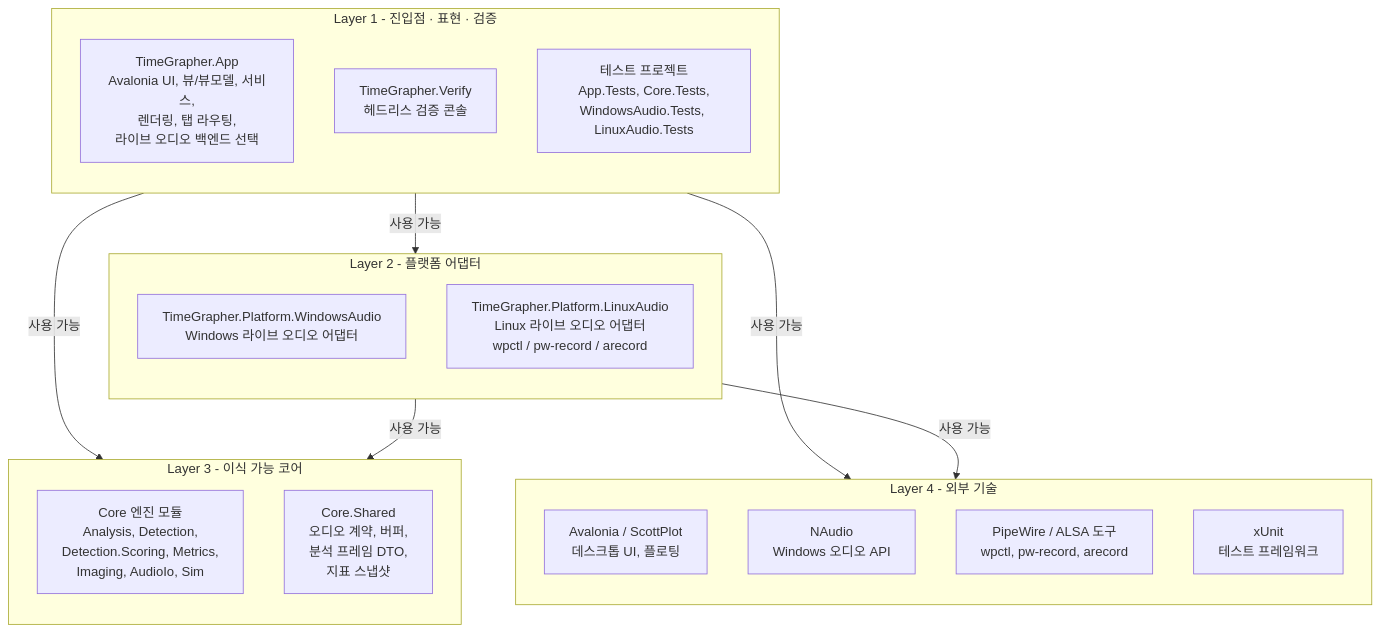
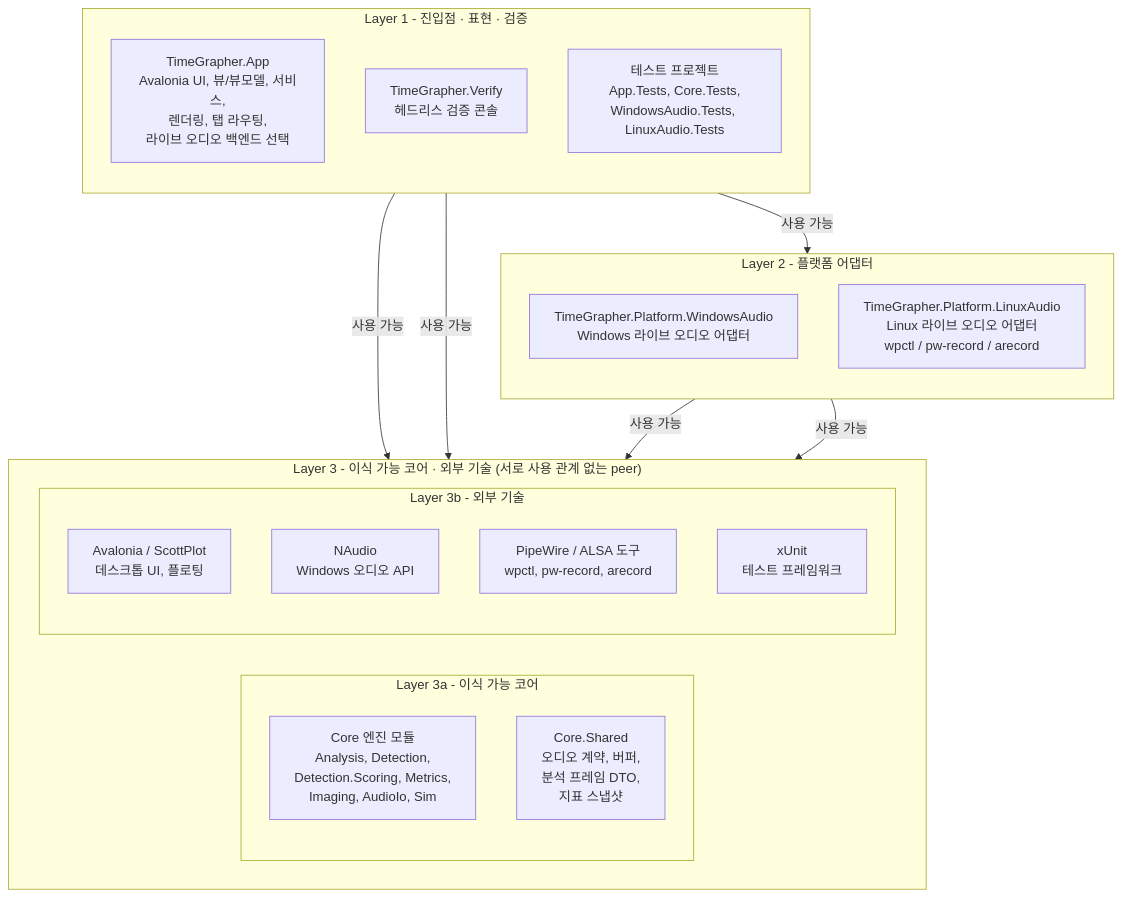
One commit to Jae-hong-5/TimeGrapher-Net changed the diagram in docs/architecture/LAYERED_VIEW.md. Above: the diagram before and after it, drawn with Mermaid. The commit also changed other lines of this file, not shown here.

Commit message:
docs(architecture): split Layer 3/4 into peer sub-layers 3a/3b
[en] Layer 3 (portable core) and Layer 4 (external tech) had no
allowed-use relationship between them: TimeGrapher.Core references no
external packages, so there is no L3->L4 edge, yet the old numbering
implied L4 sat below L3 in the use ordering. Renumber them as same-depth
peers L3a (portable core) and L3b (external tech) so the layer view
reflects the actual partial order rather than a false hierarchy. Update
the mermaid diagram, the responsibility/allowed-use tables, and add a
constraint row recording the L3a<->L3b mutual independence.

This follows the layered-architecture principle that vertical position
encodes the "is-allowed-to-use" order; incomparable modules belong at the
same level.

[ko] Layer 3(이식 가능 코어)와 Layer 4(외부 기술) 사이에는 사용 허용
관계가 없다: TimeGrapher.Core는 외부 패키지를 참조하지 않아 L3->L4
엣지가 없는데도, 기존 번호는 L4가 L3 아래에 있는 것처럼 사용 순서를
잘못 암시했다. 두 모듈을 같은 깊이의 peer인 L3a(이식 가능 코어)·
L3b(외부 기술)로 재번호하여, 계층 뷰가 거짓 상하 관계가 아닌 실제
부분 순서를 반영하도록 한다. mermaid 다이어그램, 책임/사용 허용 표를
수정하고 L3a<->L3b 상호 비의존을 제약 표에 추가한다.

계층 뷰에서 세로 위치는 "사용 가능" 순서를 나타낸다는 layered
architecture 원칙에 따른 것으로, 비교 불가한 모듈은 같은 레벨에 둔다.

````diff
--- a/docs/architecture/LAYERED_VIEW.md
+++ b/docs/architecture/LAYERED_VIEW.md
@@ -9,35 +11,38 @@
 ```mermaid
 flowchart TB
     subgraph L1["Layer 1 - 진입점 · 표현 · 검증"]
         direction TB
         App["TimeGrapher.App<br/>Avalonia UI, 뷰/뷰모델, 서비스,<br/>렌더링, 탭 라우팅,<br/>라이브 오디오 백엔드 선택"]
         Verify["TimeGrapher.Verify<br/>헤드리스 검증 콘솔"]
         TestSuites["테스트 프로젝트<br/>App.Tests, Core.Tests,<br/>WindowsAudio.Tests, LinuxAudio.Tests"]
     end
 
     subgraph L2["Layer 2 - 플랫폼 어댑터"]
         direction TB
         WindowsAudio["TimeGrapher.Platform.WindowsAudio<br/>Windows 라이브 오디오 어댑터"]
         LinuxAudio["TimeGrapher.Platform.LinuxAudio<br/>Linux 라이브 오디오 어댑터<br/>wpctl / pw-record / arecord"]
     end
 
-    subgraph L3["Layer 3 - 이식 가능 코어"]
-        direction TB
-        CoreEngine["Core 엔진 모듈<br/>Analysis, Detection,<br/>Detection.Scoring, Metrics,<br/>Imaging, AudioIo, Sim"]
-        CoreContracts["Core.Shared<br/>오디오 계약, 버퍼,<br/>분석 프레임 DTO,<br/>지표 스냅샷"]
-    end
+    subgraph L3["Layer 3 - 이식 가능 코어 · 외부 기술 (서로 사용 관계 없는 peer)"]
+        direction LR
+        subgraph L3a["Layer 3a - 이식 가능 코어"]
+            direction TB
+            CoreEngine["Core 엔진 모듈<br/>Analysis, Detection,<br/>Detection.Scoring, Metrics,<br/>Imaging, AudioIo, Sim"]
+            CoreContracts["Core.Shared<br/>오디오 계약, 버퍼,<br/>분석 프레임 DTO,<br/>지표 스냅샷"]
+        end
 
-    subgraph L4["Layer 4 - 외부 기술"]
-        direction TB
-        UiLibraries["Avalonia / ScottPlot<br/>데스크톱 UI, 플로팅"]
-        WindowsLibraries["NAudio<br/>Windows 오디오 API"]
-        LinuxServices["PipeWire / ALSA 도구<br/>wpctl, pw-record, arecord"]
-        TestFramework["xUnit<br/>테스트 프레임워크"]
+        subgraph L3b["Layer 3b - 외부 기술"]
+            direction TB
+            UiLibraries["Avalonia / ScottPlot<br/>데스크톱 UI, 플로팅"]
+            WindowsLibraries["NAudio<br/>Windows 오디오 API"]
+            LinuxServices["PipeWire / ALSA 도구<br/>wpctl, pw-record, arecord"]
+            TestFramework["xUnit<br/>테스트 프레임워크"]
+        end
     end
 
     L1 -- "사용 가능" --> L2
-    L1 -- "사용 가능" --> L3
-    L1 -- "사용 가능" --> L4
-    L2 -- "사용 가능" --> L3
-    L2 -- "사용 가능" --> L4
+    L1 -- "사용 가능" --> L3a
+    L1 -- "사용 가능" --> L3b
+    L2 -- "사용 가능" --> L3a
+    L2 -- "사용 가능" --> L3b
 ```
````
